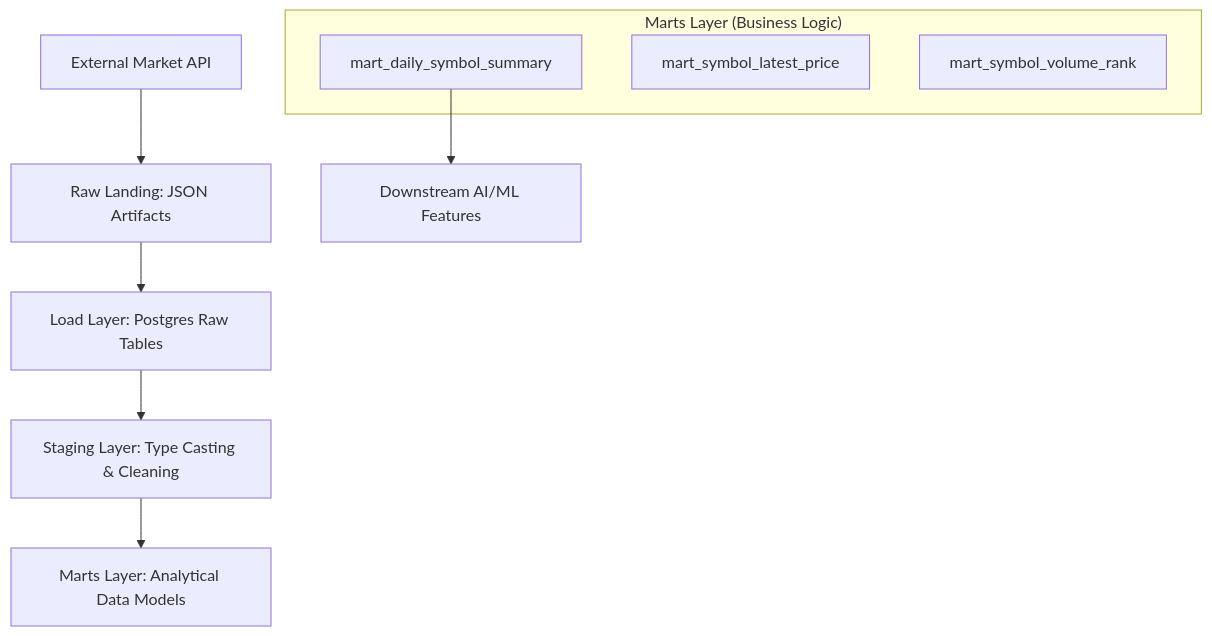
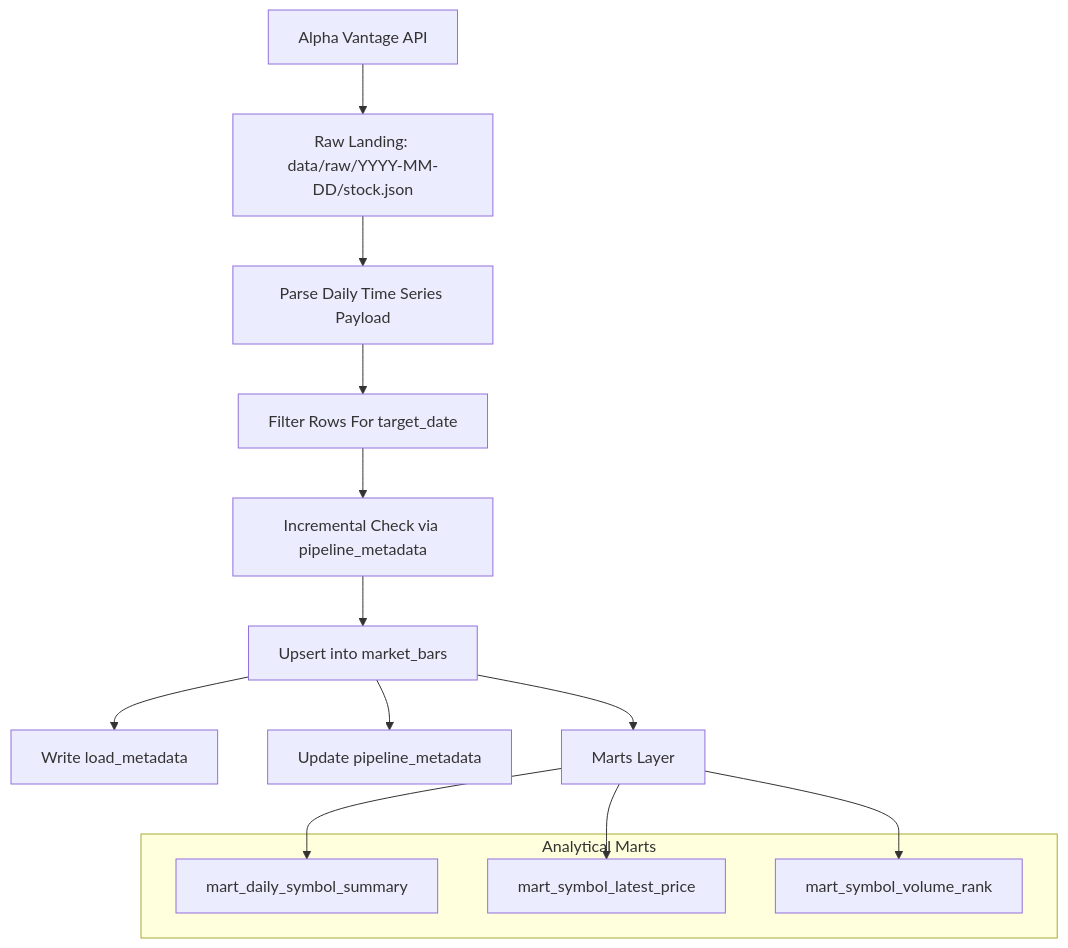
One commit to Ericliu-eng/de-lakehouse-pipeline changed the diagram in docs/README_v2.md. Above: the diagram before and after it, drawn with Mermaid. The commit also changed other lines of this file and 22 other files, not shown here.

````diff
--- a/docs/README_v2.md
+++ b/docs/README_v2.md
@@ -39,15 +48,21 @@
 ```mermaid
 graph TD
-    A[External Market API] --> B[Raw Landing: JSON Artifacts]
-    B --> C[Load Layer: Postgres Raw Tables]
-    C --> D[Staging Layer: Type Casting & Cleaning]
-    D --> E[Marts Layer: Analytical Data Models]
-    
-    subgraph "Marts Layer (Business Logic)"
-        E1[mart_daily_symbol_summary]
-        E2[mart_symbol_latest_price]
-        E3[mart_symbol_volume_rank]
+    A[Alpha Vantage API] --> B[Raw Landing: data/raw/YYYY-MM-DD/stock.json]
+    B --> C[Parse Daily Time Series Payload]
+    C --> D[Filter Rows For target_date]
+    D --> E[Incremental Check via pipeline_metadata]
+    E --> F[Upsert into market_bars]
+    F --> G[Write load_metadata]
+    F --> H[Update pipeline_metadata]
+    F --> I[Marts Layer]
+
+    subgraph "Analytical Marts"
+        I1[mart_daily_symbol_summary]
+        I2[mart_symbol_latest_price]
+        I3[mart_symbol_volume_rank]
     end
-    
-    E1 --> G[Downstream AI/ML Features]
+
+    I --> I1
+    I --> I2
+    I --> I3
 ```
````
